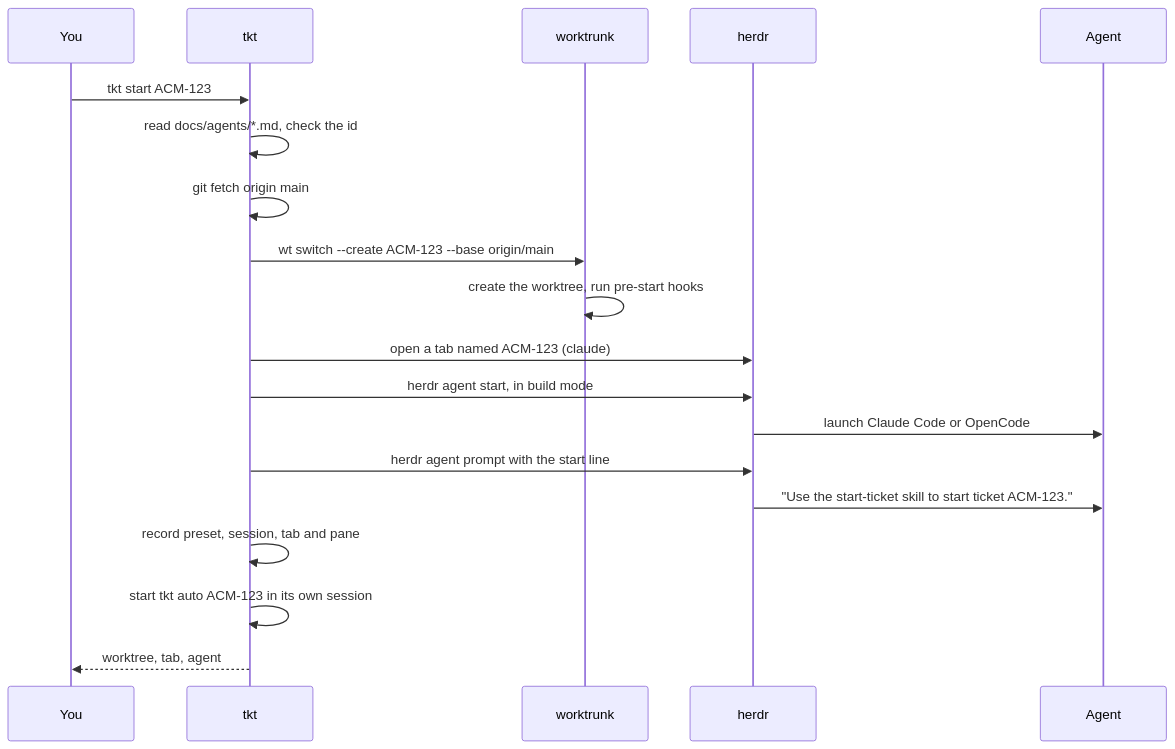
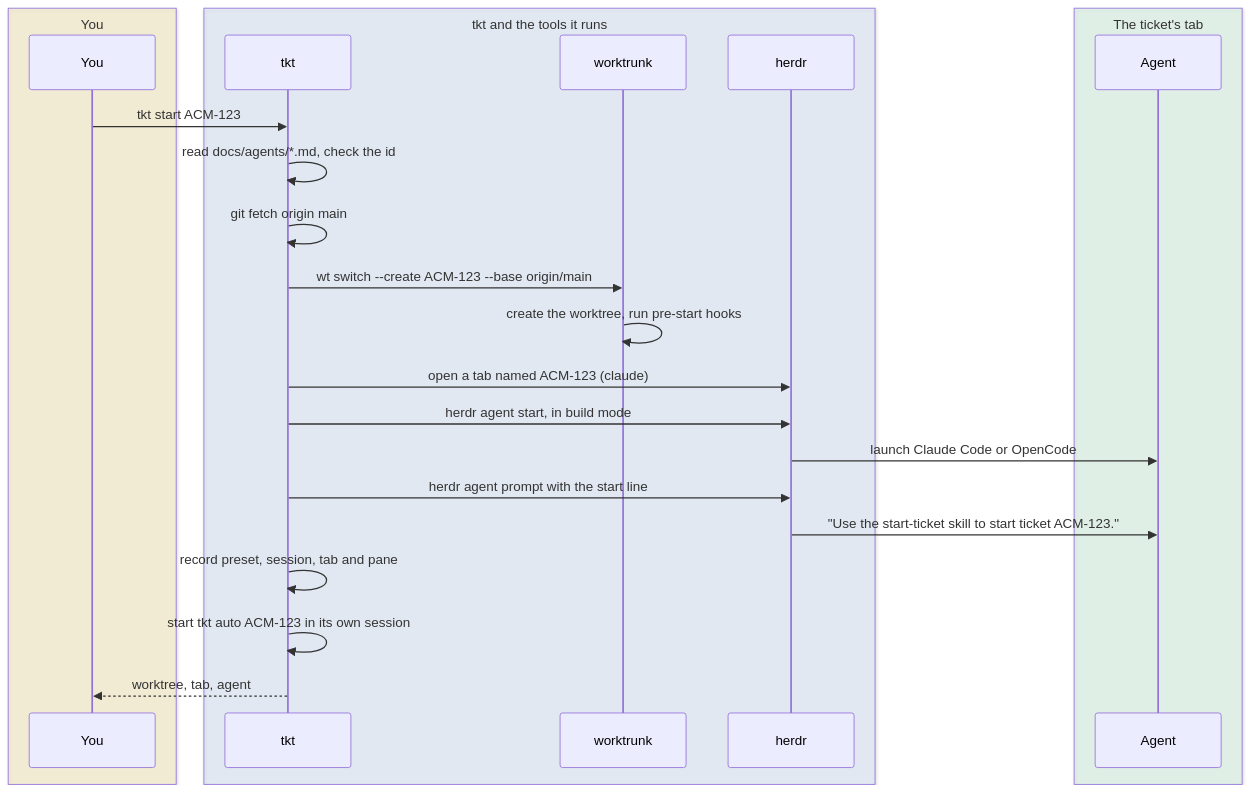
Before and after one commit to rogsme/tkt: the third of 9 diagrams in docs/lifecycle.md, drawn with Mermaid. The commit also changed other lines of this file and 4 other files, not shown here.

First line of the commit message:
Open the README with diagrams of how a ticket moves

````diff
--- a/docs/lifecycle.md
+++ b/docs/lifecycle.md
@@ -122,21 +142,27 @@
 ```mermaid
 sequenceDiagram
-  participant you as You
-  participant tkt
-  participant wt as worktrunk
-  participant herdr
-  participant agent as Agent
+  box rgba(253,230,138,0.25) You
+    participant you as You
+  end
+  box rgba(191,219,254,0.25) tkt and the tools it runs
+    participant tkt
+    participant wt as worktrunk
+    participant herdr
+  end
+  box rgba(187,247,208,0.25) The ticket's tab
+    participant agent as Agent
+  end
   you->>tkt: tkt start ACM-123
   tkt->>tkt: read docs/agents/*.md, check the id
   tkt->>tkt: git fetch origin main
   tkt->>wt: wt switch --create ACM-123 --base origin/main
   wt->>wt: create the worktree, run pre-start hooks
   tkt->>herdr: open a tab named ACM-123 (claude)
   tkt->>herdr: herdr agent start, in build mode
   herdr->>agent: launch Claude Code or OpenCode
   tkt->>herdr: herdr agent prompt with the start line
   herdr->>agent: "Use the start-ticket skill to start ticket ACM-123."
   tkt->>tkt: record preset, session, tab and pane
   tkt->>tkt: start tkt auto ACM-123 in its own session
   tkt-->>you: worktree, tab, agent
 ```
````
